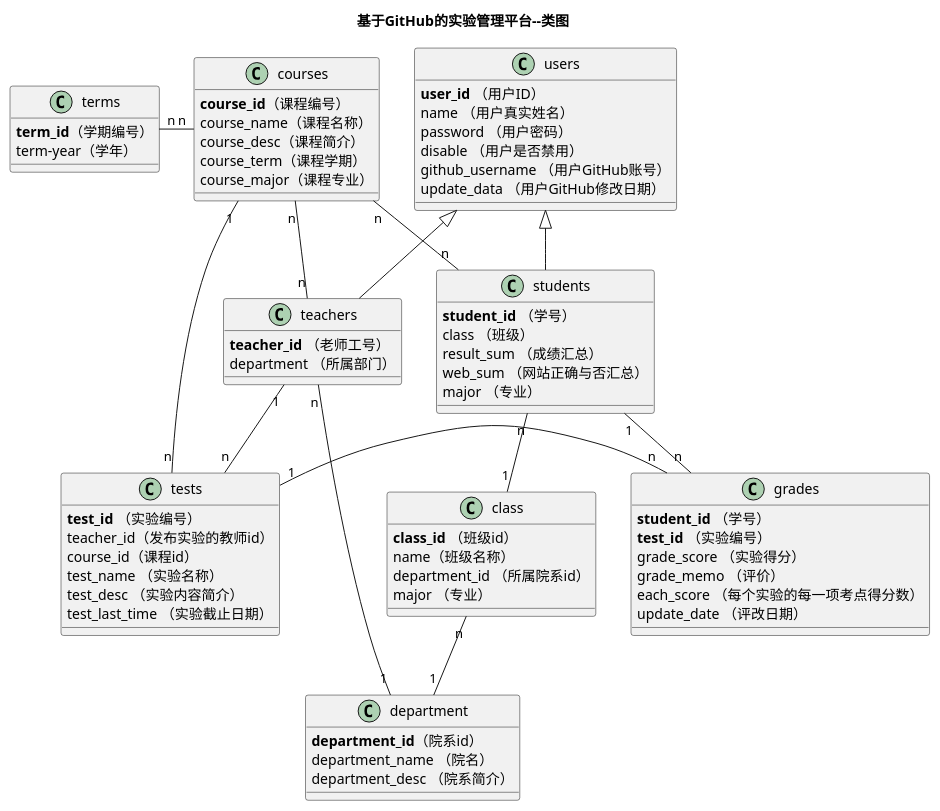
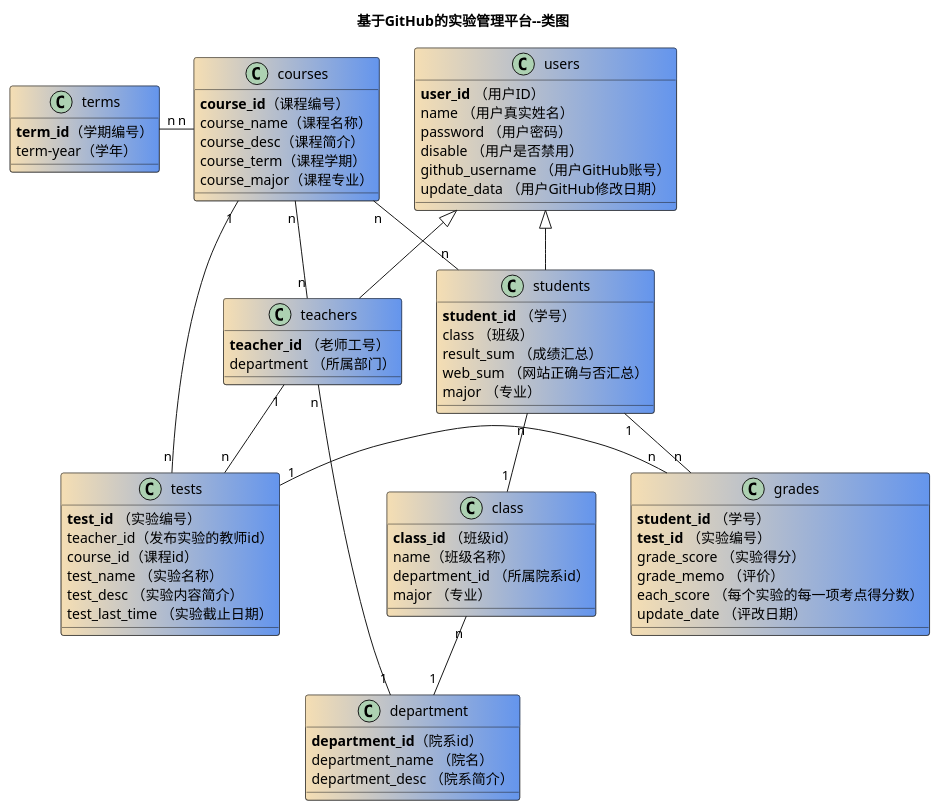
Before and after one commit to zhangji123456/is_analysis: the diagram in test6/src/class.puml, drawn with PlantUML.

```diff
--- a/test6/src/class.puml
+++ b/test6/src/class.puml
@@ -3,73 +3,74 @@
 @startuml
+skinparam classBackgroundColor Wheat|CornflowerBlue
 title 基于GitHub的实验管理平台--类图
  class users {
     <b>user_id</b> （用户ID）
     name （用户真实姓名）
     password （用户密码）
     disable （用户是否禁用）
     github_username （用户GitHub账号）
     update_data （用户GitHub修改日期）
 }
 class teachers{
     <b>teacher_id</b> （老师工号）
     department （所属部门）
 }
 class students{
     <b>student_id</b> （学号）
     class （班级）
     result_sum （成绩汇总）
     web_sum （网站正确与否汇总）
     major （专业）
 }
 class courses{
     <b>course_id</b>（课程编号）
     course_name（课程名称）
     course_desc（课程简介）
     course_term（课程学期）
     course_major（课程专业）
 }
 class tests {
     <b>test_id</b> （实验编号）
     teacher_id（发布实验的教师id）
     course_id（课程id）
     test_name （实验名称）
     test_desc （实验内容简介）
     test_last_time （实验截止日期）
 }
 class grades {
     <b>student_id</b> （学号）
     <b>test_id</b> （实验编号）
     grade_score （实验得分）
     grade_memo （评价）
     each_score （每个实验的每一项考点得分数）
     update_date （评改日期）
 }
 class terms{
     <b>term_id</b>（学期编号）
     term-year（学年）
 }
 class class{
     <b>class_id</b> （班级id）
     name（班级名称）
     department_id （所属院系id）
     major （专业）
 }
 class department{
     <b>department_id</b>（院系id）
     department_name （院名）
     department_desc （院系简介）
 }
 users <|- students
 users <|-- teachers
 courses "n" -- "n" students
 students "n" -- "1"  class
 students "1" -- "n"  grades
 courses"n" -- "n"  teachers
 teachers "1" -- "n"  tests
 teachers "n" -- "1"  department
 class "n" -- "1" department
 courses  "1" -- "n"  tests
 terms "n" - "n"  courses
 tests "1" - "n"  grades
 
 @enduml
```
